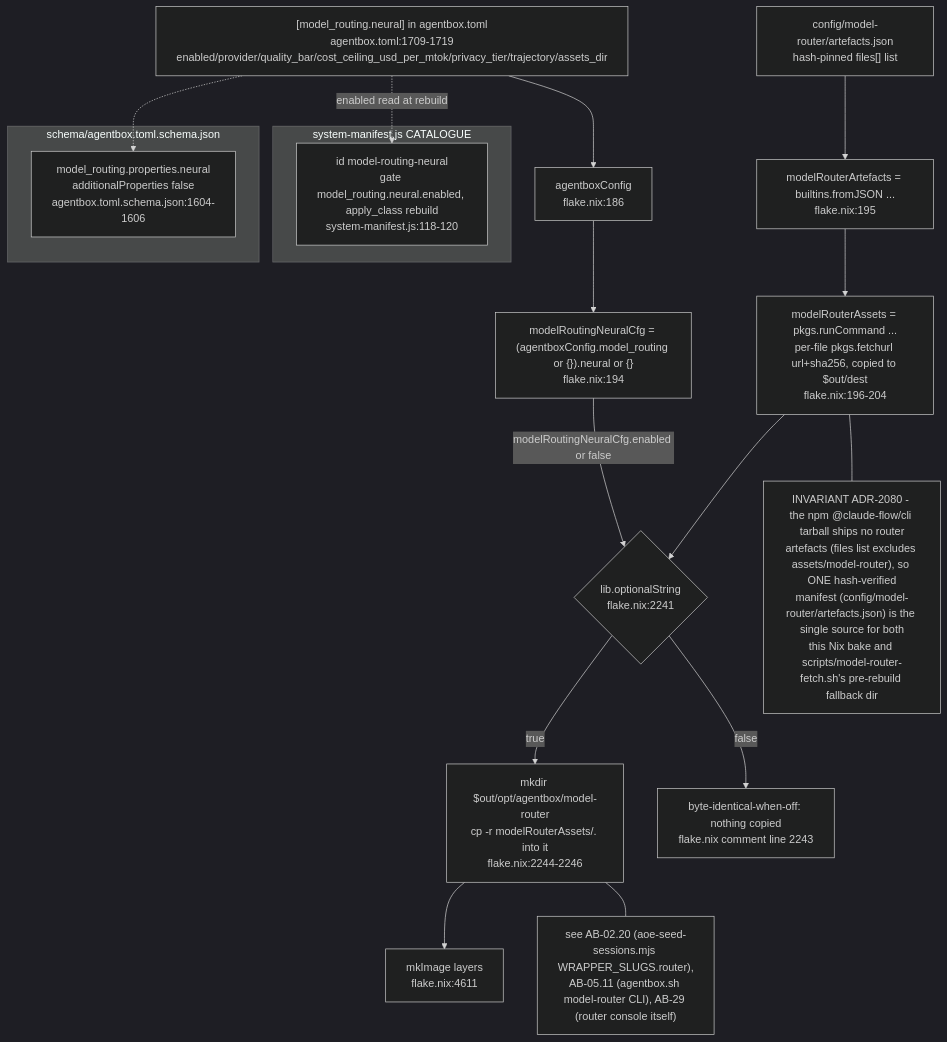
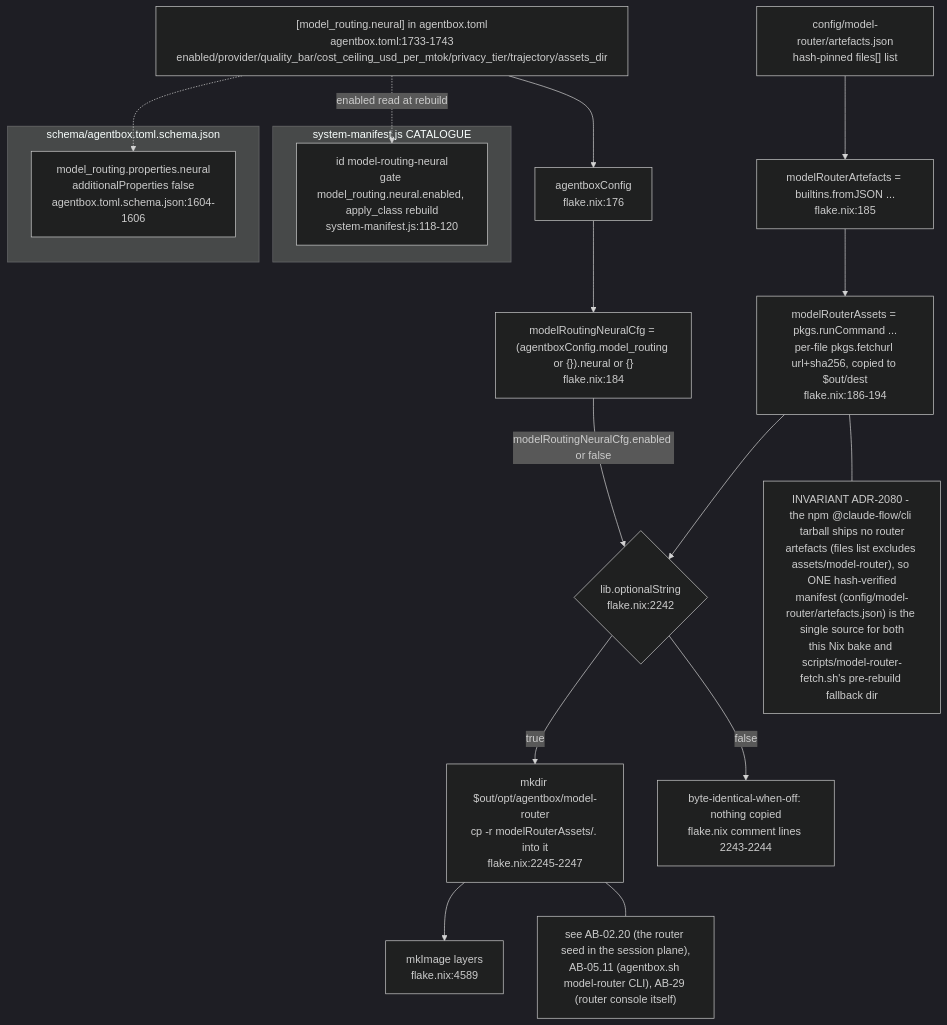
One commit to DreamLab-AI/VisionFlow changed the tenth of 10 diagrams in docs/diagrams/agentbox/01-nix-flake-composition.md. Above: the diagram before and after it, drawn with Mermaid (dark theme). The commit also changed other lines of this file and 145 other files, not shown here.

````diff
--- a/docs/diagrams/agentbox/01-nix-flake-composition.md
+++ b/docs/diagrams/agentbox/01-nix-flake-composition.md
@@ -469,29 +473,29 @@
 ```mermaid
 flowchart TB
-    TOML2["[model_routing.neural] in agentbox.toml<br/>agentbox.toml:1709-1719<br/>enabled/provider/quality_bar/cost_ceiling_usd_per_mtok/privacy_tier/trajectory/assets_dir"] --> CFG2["agentboxConfig<br/>flake.nix:186"]
-    CFG2 --> MRNCFG["modelRoutingNeuralCfg = (agentboxConfig.model_routing or {}).neural or {}<br/>flake.nix:194"]
-    ARTJSON["config/model-router/artefacts.json<br/>hash-pinned files[] list"] --> MRNFETCH["modelRouterArtefacts = builtins.fromJSON ...<br/>flake.nix:195"]
-    MRNFETCH --> MRNASSETS["modelRouterAssets = pkgs.runCommand ...<br/>per-file pkgs.fetchurl url+sha256, copied to $out/dest<br/>flake.nix:196-204"]
+    TOML2["[model_routing.neural] in agentbox.toml<br/>agentbox.toml:1733-1743<br/>enabled/provider/quality_bar/cost_ceiling_usd_per_mtok/privacy_tier/trajectory/assets_dir"] --> CFG2["agentboxConfig<br/>flake.nix:176"]
+    CFG2 --> MRNCFG["modelRoutingNeuralCfg = (agentboxConfig.model_routing or {}).neural or {}<br/>flake.nix:184"]
+    ARTJSON["config/model-router/artefacts.json<br/>hash-pinned files[] list"] --> MRNFETCH["modelRouterArtefacts = builtins.fromJSON ...<br/>flake.nix:185"]
+    MRNFETCH --> MRNASSETS["modelRouterAssets = pkgs.runCommand ...<br/>per-file pkgs.fetchurl url+sha256, copied to $out/dest<br/>flake.nix:186-194"]
 
-    MRNCFG -->|"modelRoutingNeuralCfg.enabled or false"| GATE{"lib.optionalString<br/>flake.nix:2241"}
+    MRNCFG -->|"modelRoutingNeuralCfg.enabled or false"| GATE{"lib.optionalString<br/>flake.nix:2242"}
     MRNASSETS --> GATE
-    GATE -->|true| BAKE["mkdir $out/opt/agentbox/model-router<br/>cp -r modelRouterAssets/. into it<br/>flake.nix:2244-2246"]
-    GATE -->|false| SKIP["byte-identical-when-off: nothing copied<br/>flake.nix comment line 2243"]
-    BAKE --> ALLPKG2["mkImage layers<br/>flake.nix:4611"]
+    GATE -->|true| BAKE["mkdir $out/opt/agentbox/model-router<br/>cp -r modelRouterAssets/. into it<br/>flake.nix:2245-2247"]
+    GATE -->|false| SKIP["byte-identical-when-off: nothing copied<br/>flake.nix comment lines 2243-2244"]
+    BAKE --> ALLPKG2["mkImage layers<br/>flake.nix:4589"]
 
     subgraph MANIFEST2["system-manifest.js CATALOGUE"]
         MRNENTRY["id model-routing-neural<br/>gate model_routing.neural.enabled, apply_class rebuild<br/>system-manifest.js:118-120"]
     end
     TOML2 -.->|"enabled read at rebuild"| MRNENTRY
 
     subgraph SCHEMA2["schema/agentbox.toml.schema.json"]
         NEURALSCHEMA["model_routing.properties.neural<br/>additionalProperties false<br/>agentbox.toml.schema.json:1604-1606"]
     end
     TOML2 -.-> NEURALSCHEMA
 
     NOTE1["INVARIANT ADR-2080 - the npm @claude-flow/cli tarball ships no router<br/>artefacts (files list excludes assets/model-router), so ONE hash-verified<br/>manifest (config/model-router/artefacts.json) is the single source for both<br/>this Nix bake and scripts/model-router-fetch.sh's pre-rebuild fallback dir"]
     MRNASSETS --- NOTE1
 
-    NOTE2["see AB-02.20 (aoe-seed-sessions.mjs WRAPPER_SLUGS.router),<br/>AB-05.11 (agentbox.sh model-router CLI), AB-29 (router console itself)"]
+    NOTE2["see AB-02.20 (the router seed in the session plane),<br/>AB-05.11 (agentbox.sh model-router CLI), AB-29 (router console itself)"]
     BAKE --- NOTE2
 ```
````
